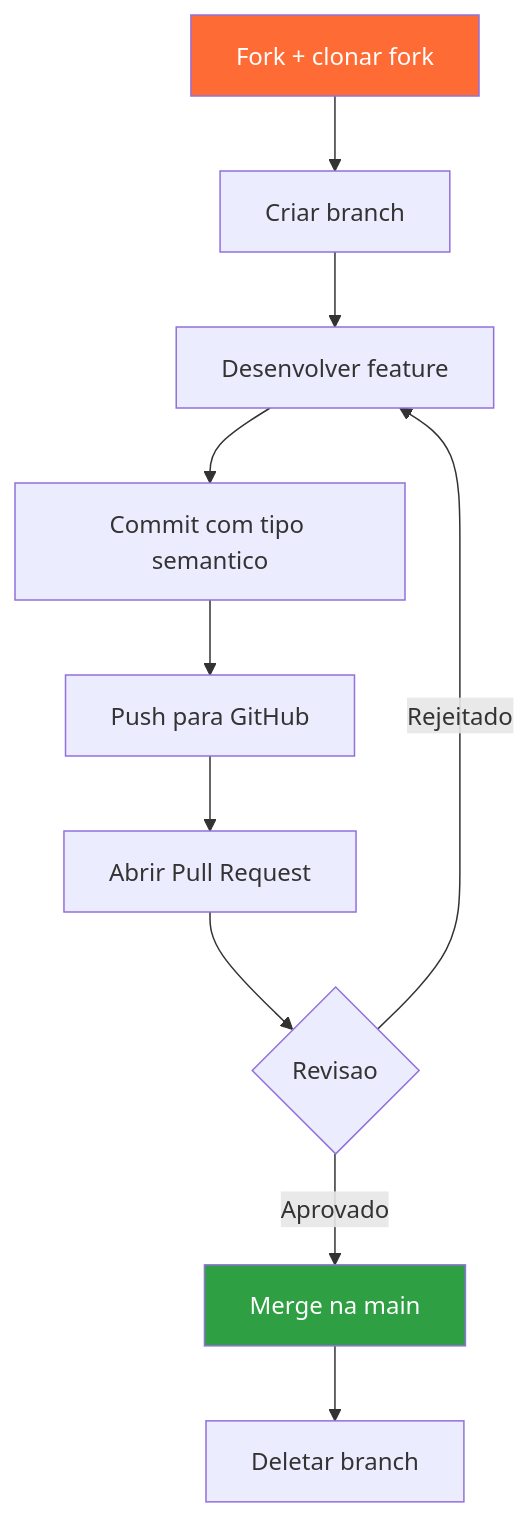
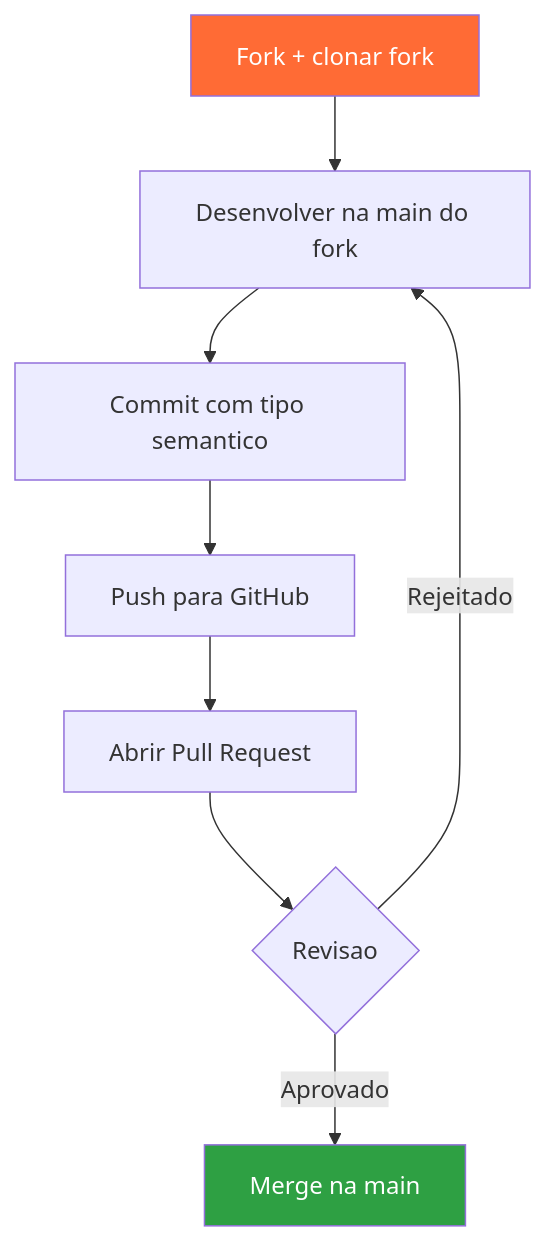
Before and after one commit to 1barizon/telemetry-trainee-program: the first of 2 diagrams in docs/trilhas/github.md, drawn with Mermaid. The commit also changed other lines of this file and 18 other files, not shown here.

Commit message:
docs: remove a criacao de branch pessoal do fluxo (trabalhar no main do fork)

````diff
--- a/docs/trilhas/github.md
+++ b/docs/trilhas/github.md
@@ -15,15 +15,13 @@
 ```mermaid
 flowchart TD
-    A[Fork + clonar fork] --> B[Criar branch]
-    B --> C[Desenvolver feature]
-    C --> D[Commit com tipo semantico]
-    D --> E[Push para GitHub]
-    E --> F[Abrir Pull Request]
-    F --> G{Revisao}
-    G -->|Aprovado| H[Merge na main]
-    G -->|Rejeitado| C
-    H --> I[Deletar branch]
-    
+    A[Fork + clonar fork] --> B[Desenvolver na main do fork]
+    B --> C[Commit com tipo semantico]
+    C --> D[Push para GitHub]
+    D --> E[Abrir Pull Request]
+    E --> F{Revisao}
+    F -->|Aprovado| G[Merge na main]
+    F -->|Rejeitado| B
+
     style A fill:#ff6b35,color:#fff
-    style H fill:#2ea043,color:#fff
+    style G fill:#2ea043,color:#fff
 ```
````
